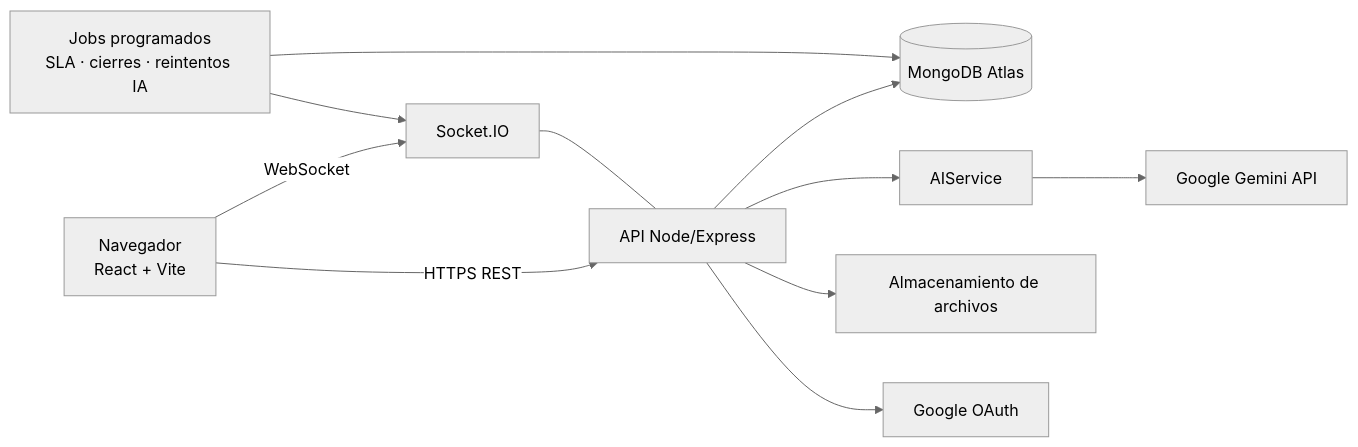
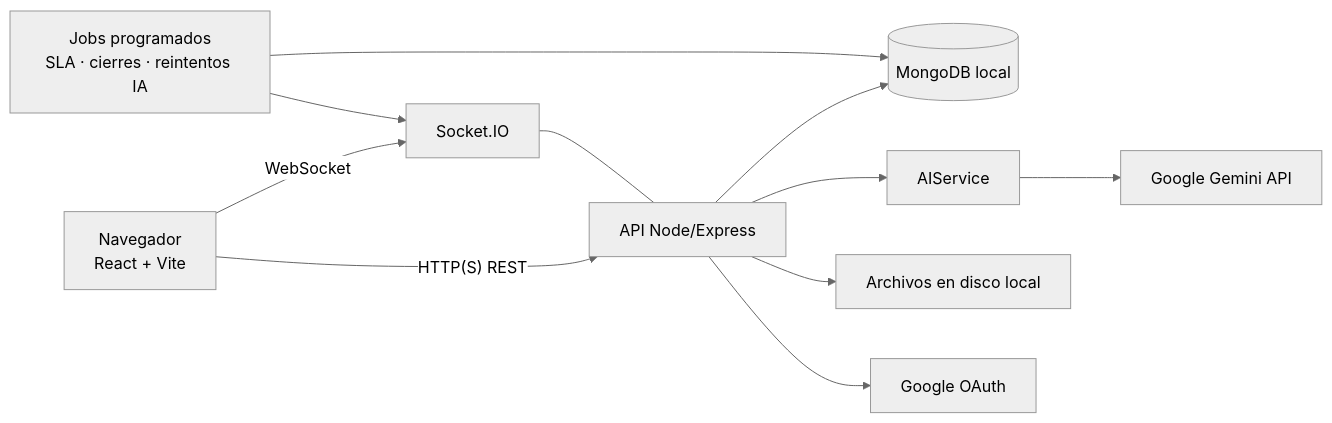
One commit to ArisleydaTejada/Tekzaya changed the second of 3 diagrams in Tekzaya_Especificacion.md. Above: the diagram before and after it, drawn with Mermaid (neutral theme). The commit also changed other lines of this file and 313 other files, not shown here.

````diff
--- a/Tekzaya_Especificacion.md
+++ b/Tekzaya_Especificacion.md
@@ -621,13 +973,13 @@
 ```mermaid
 flowchart LR
-    U[Navegador<br/>React + Vite] -- HTTPS REST --> API[API Node/Express]
+    U[Navegador<br/>React + Vite] -- HTTP(S) REST --> API[API Node/Express]
     U -- WebSocket --> WS[Socket.IO]
     WS --- API
-    API --> DB[(MongoDB Atlas)]
+    API --> DB[(MongoDB local)]
     API --> AI[AIService]
     AI --> G[Google Gemini API]
-    API --> F[Almacenamiento de archivos]
+    API --> F[Archivos en disco local]
     CRON[Jobs programados<br/>SLA · cierres · reintentos IA] --> DB
     CRON --> WS
     API --> GO[Google OAuth]
 ```
````
